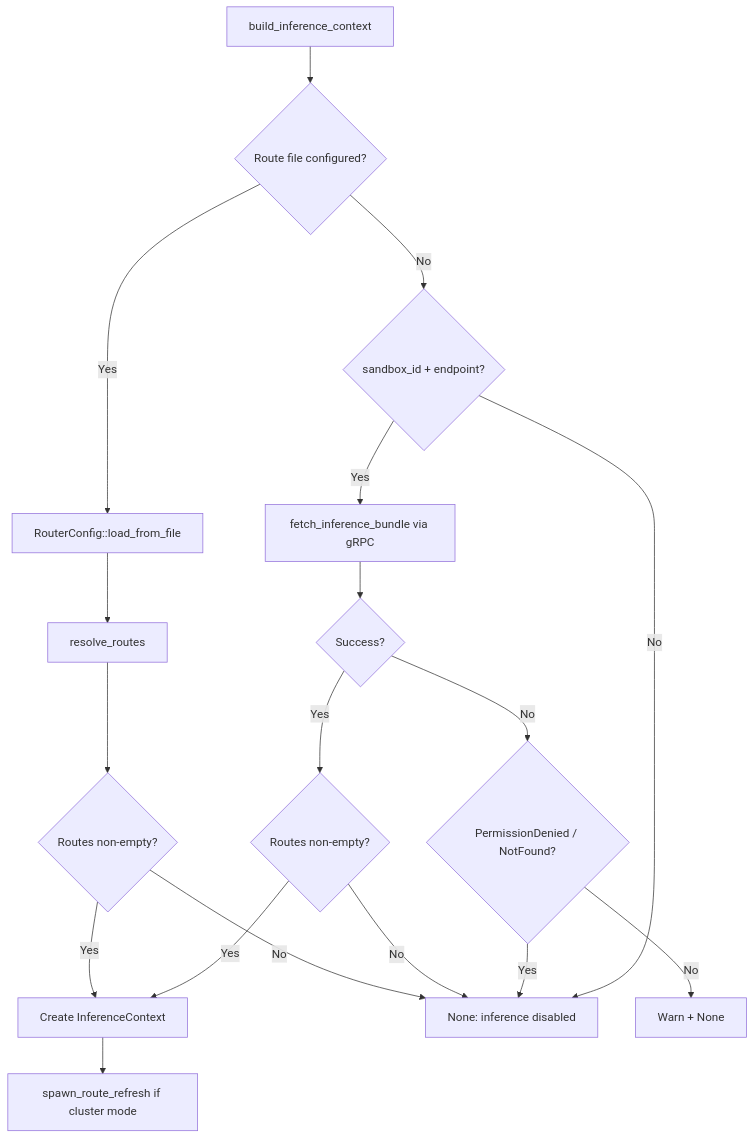
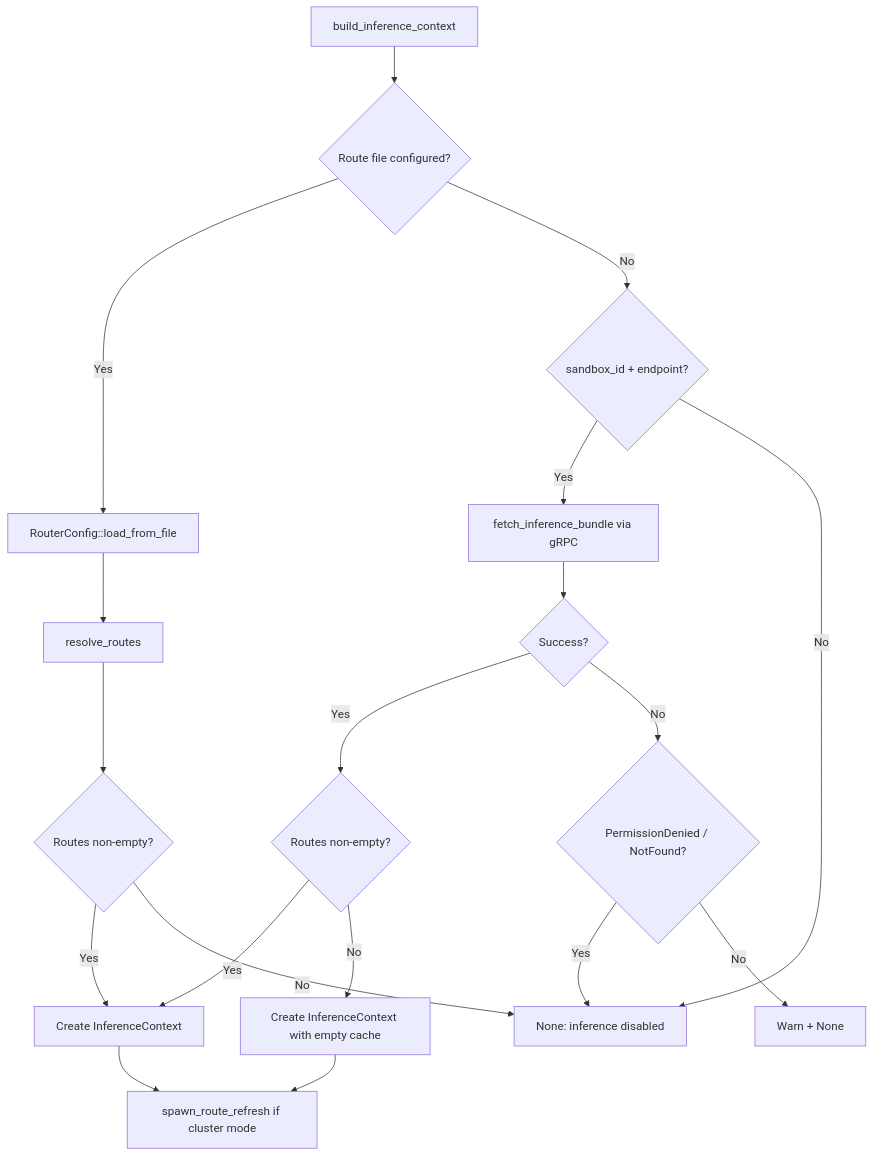
One commit to NVIDIA/OpenShell changed the sixth of 10 diagrams in architecture/sandbox.md. Above: the diagram before and after it, drawn with Mermaid. The commit also changed other lines of this file and 3 other files, not shown here.

First line of the commit message:
fix(sandbox): keep inference routing active when cluster bundle is initially empty

````diff
--- a/architecture/sandbox.md
+++ b/architecture/sandbox.md
@@ -738,20 +738,21 @@
 ```mermaid
 flowchart TD
     A[build_inference_context] --> B{Route file configured?}
     B -- Yes --> C[RouterConfig::load_from_file]
     C --> D[resolve_routes]
     D --> E{Routes non-empty?}
     E -- Yes --> F[Create InferenceContext]
     E -- No --> L[None: inference disabled]
     B -- No --> H{sandbox_id + endpoint?}
     H -- Yes --> I[fetch_inference_bundle via gRPC]
     I --> J{Success?}
     J -- Yes --> K{Routes non-empty?}
     K -- Yes --> F
-    K -- No --> L
+    K -- No --> G[Create InferenceContext with empty cache]
     J -- No --> M{PermissionDenied / NotFound?}
     M -- Yes --> L
     M -- No --> N[Warn + None]
     H -- No --> L
     F --> O[spawn_route_refresh if cluster mode]
+    G --> O
 ```
````
